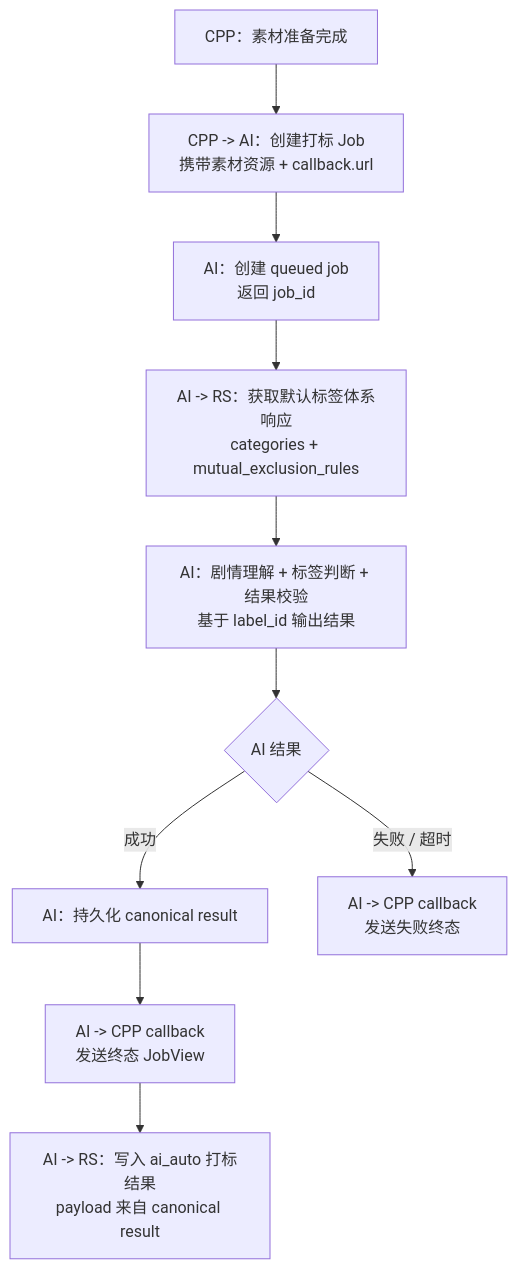
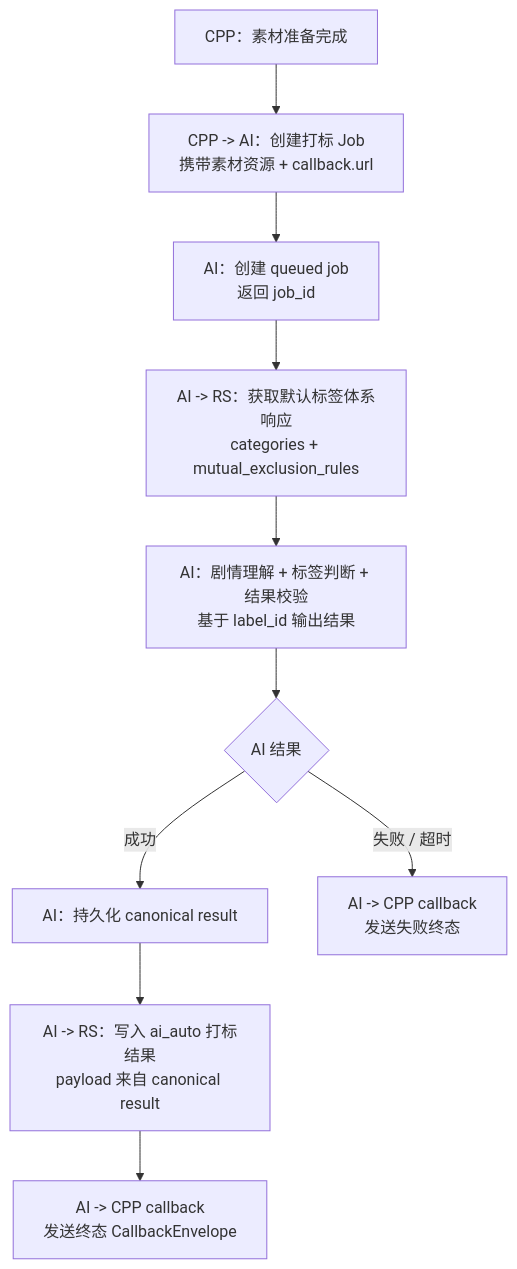
Before and after one commit to amuqiao/embedding-service: the diagram in docs/接口层/AI打标任务流程.md, drawn with Mermaid. The commit also changed other lines of this file and 25 other files, not shown here.

````diff
--- a/docs/接口层/AI打标任务流程.md
+++ b/docs/接口层/AI打标任务流程.md
@@ -104,18 +107,18 @@
 ```mermaid
 flowchart TD
   CPP_READY["CPP：素材准备完成"]
   CREATE["CPP -> AI：创建打标 Job\n携带素材资源 + callback.url"]
   JOB["AI：创建 queued job\n返回 job_id"]
   RS_SCHEMA["AI -> RS：获取默认标签体系响应\ncategories + mutual_exclusion_rules"]
   RUN["AI：剧情理解 + 标签判断 + 结果校验\n基于 label_id 输出结果"]
   RESULT{"AI 结果"}
   PERSIST["AI：持久化 canonical result"]
-  CALLBACK["AI -> CPP callback\n发送终态 JobView"]
   WRITE_RS["AI -> RS：写入 ai_auto 打标结果\npayload 来自 canonical result"]
+  CALLBACK["AI -> CPP callback\n发送终态 CallbackEnvelope"]
   FAIL_CB["AI -> CPP callback\n发送失败终态"]
 
   CPP_READY --> CREATE --> JOB --> RS_SCHEMA --> RUN --> RESULT
   RESULT -->|"成功"| PERSIST
-  PERSIST --> CALLBACK --> WRITE_RS
+  PERSIST --> WRITE_RS --> CALLBACK
   RESULT -->|"失败 / 超时"| FAIL_CB
 ```
````
